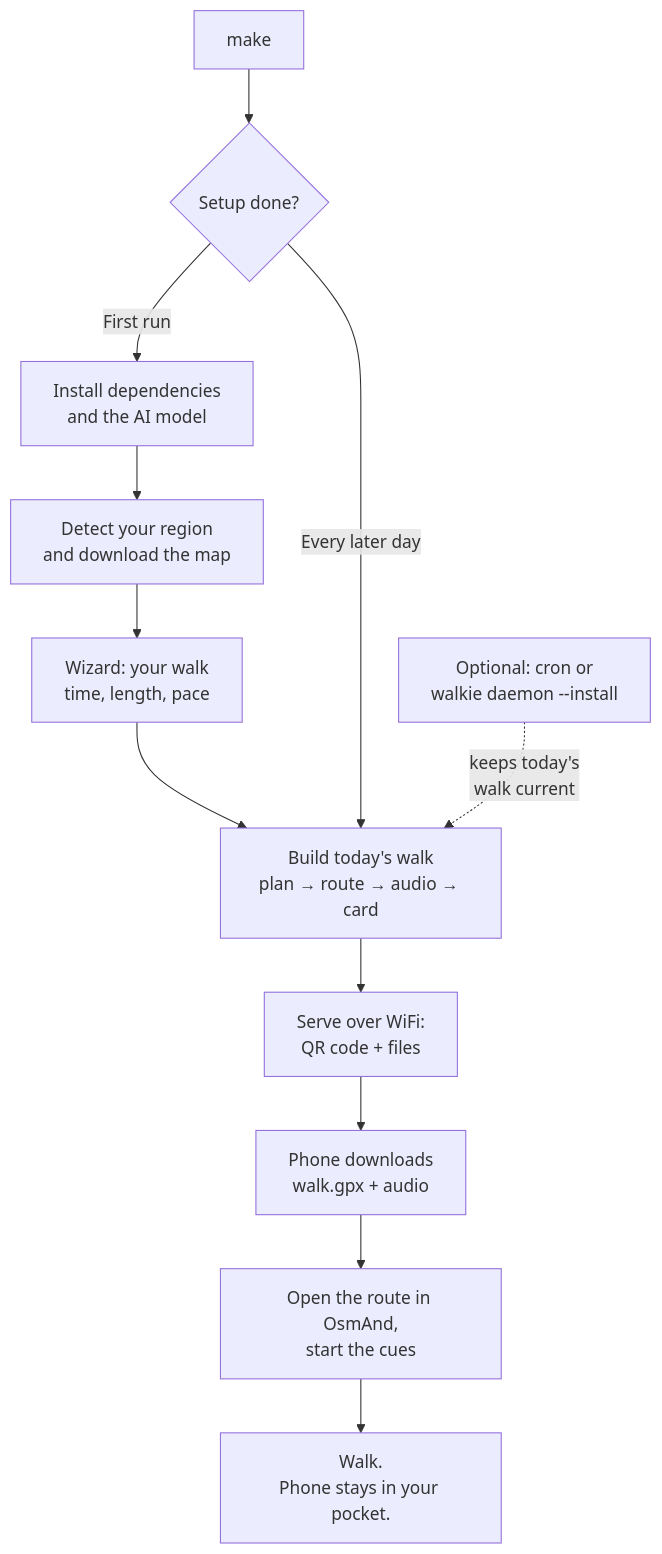
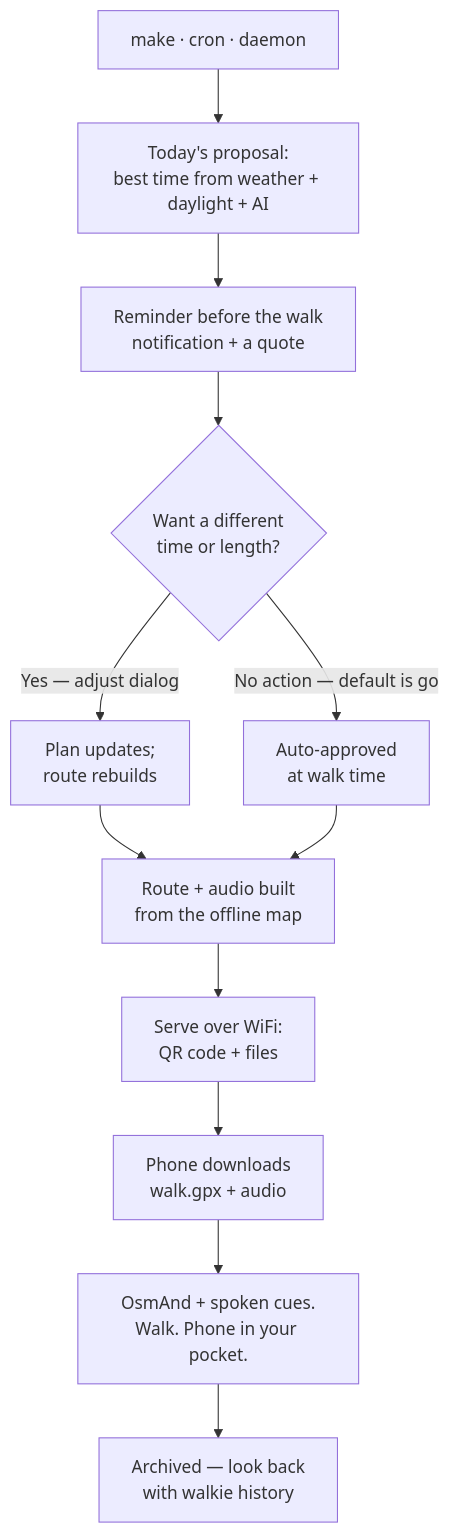
Before and after one commit to kenedilichi1/walkie: the second of 2 diagrams in README.md, drawn with Mermaid. The commit also changed other lines of this file, not shown here.

Commit message:
docs(readme): split flow diagram into first run vs daily loop

````diff
--- a/README.md
+++ b/README.md
@@ -102,14 +114,14 @@
 ```mermaid
 flowchart TD
-    make["make"] --> ready{Setup done?}
-    ready -->|First run| install["Install dependencies<br/>and the AI model"]
-    install --> region["Detect your region<br/>and download the map"]
-    region --> wizard["Wizard: your walk<br/>time, length, pace"]
-    wizard --> build
-    ready -->|Every later day| build["Build today's walk<br/>plan → route → audio → card"]
+    trigger["make · cron · daemon"] --> proposal["Today's proposal:<br/>best time from weather + daylight + AI"]
+    proposal --> remind["Reminder before the walk<br/>notification + a quote"]
+    remind --> adjust{Want a different<br/>time or length?}
+    adjust -->|"Yes — adjust dialog"| rebuilt["Plan updates;<br/>route rebuilds"]
+    adjust -->|"No action — default is go"| approve["Auto-approved<br/>at walk time"]
+    rebuilt --> build
+    approve --> build["Route + audio built<br/>from the offline map"]
     build --> serve["Serve over WiFi:<br/>QR code + files"]
     serve --> phone["Phone downloads<br/>walk.gpx + audio"]
-    phone --> osmand["Open the route in OsmAnd,<br/>start the cues"]
-    osmand --> outside["Walk.<br/>Phone stays in your pocket."]
-    auto["Optional: cron or<br/>walkie daemon --install"] -.->|"keeps today's<br/>walk current"| build
+    phone --> walk["OsmAnd + spoken cues.<br/>Walk. Phone in your pocket."]
+    walk --> history["Archived — look back<br/>with walkie history"]
 ```
````
